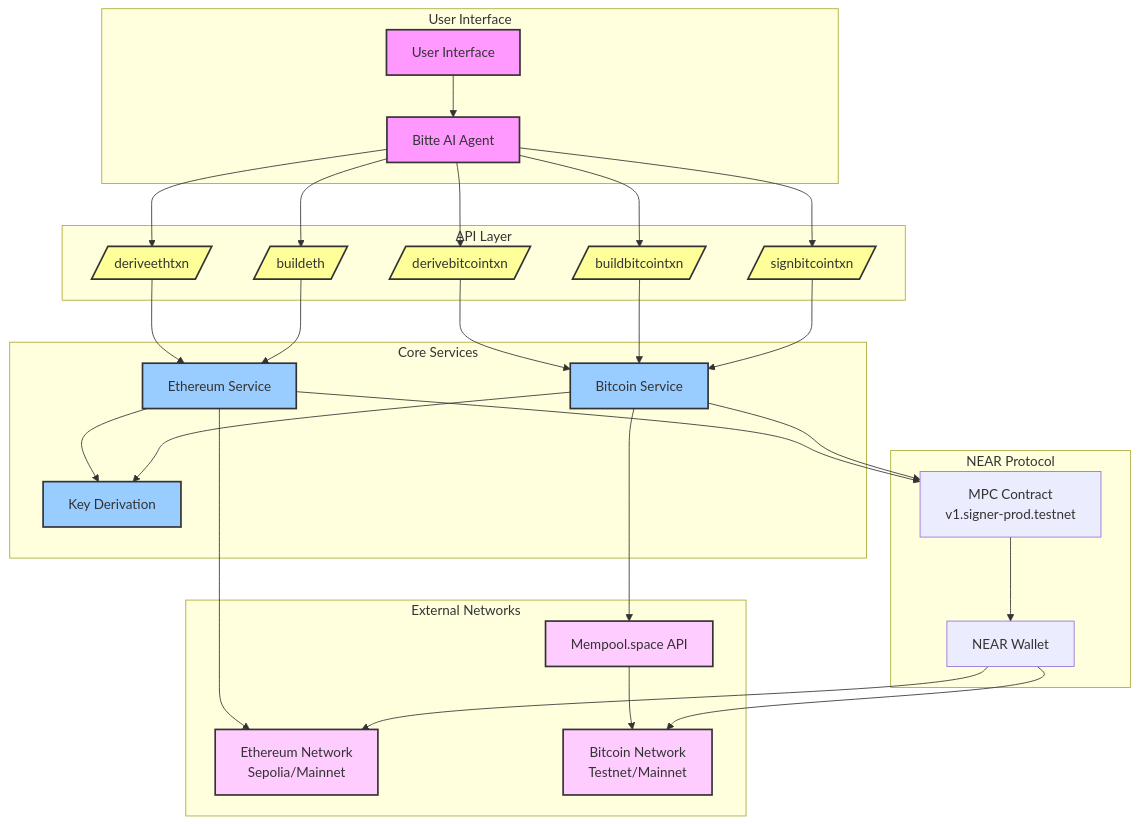
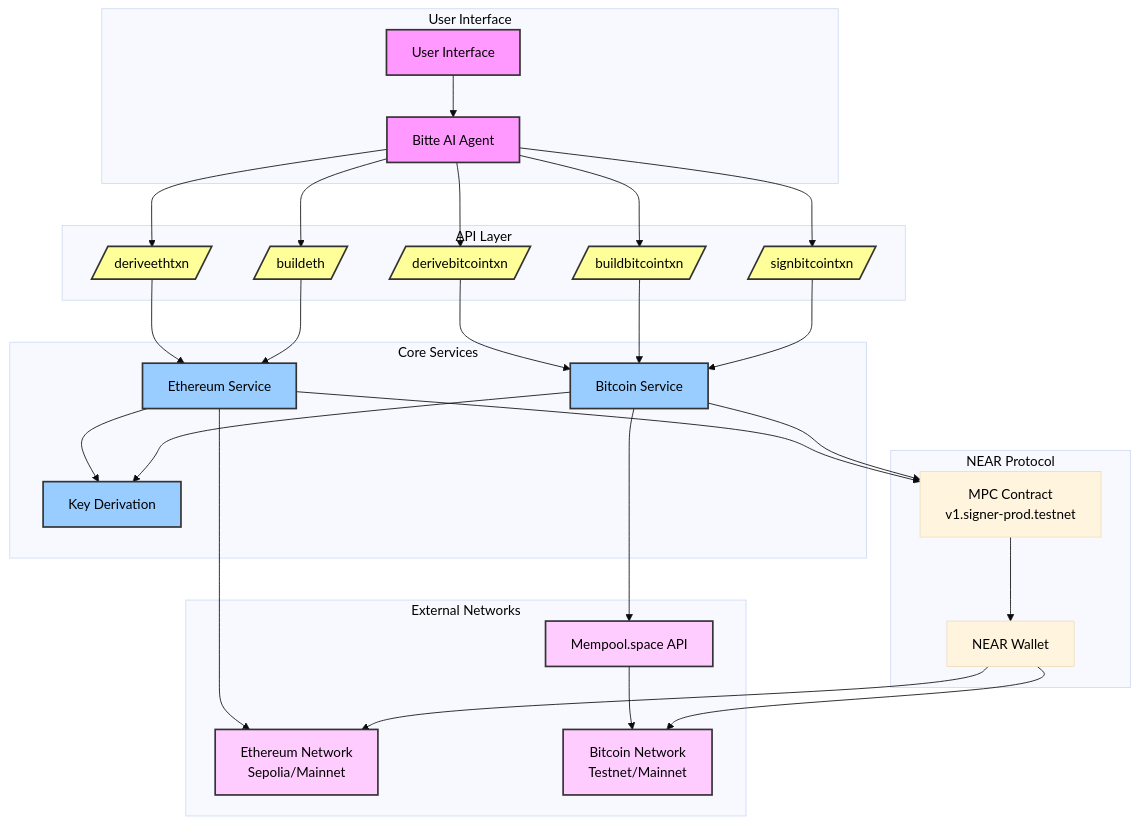
Before and after one commit to aarav1656/near-ai-agent: the diagram in README.md, drawn with Mermaid.

Commit message:
feat: made the flow diagram clear

````diff
--- a/README.md
+++ b/README.md
@@ -34,69 +34,71 @@
 ```mermaid
 
+%%{init: {'theme': 'base', 'themeVariables': { 'primaryTextColor': '#000000', 'secondaryTextColor': '#000000', 'tertiaryTextColor': '#000000', 'noteTextColor': '#000000', 'textColor': '#000000' }}}%%
 graph TB
     subgraph "User Interface"
         UI[User Interface]
         AI[Bitte AI Agent]
     end
 
     subgraph "API Layer"
         DeriveETH[/deriveethtxn/]
         BuildETH[/buildeth/]
         DeriveBTC[/derivebitcointxn/]
         BuildBTC[/buildbitcointxn/]
         SignBTC[/signbitcointxn/]
     end
 
     subgraph "Core Services"
         ETH[Ethereum Service]
         BTC[Bitcoin Service]
         KDF[Key Derivation]
     end
 
     subgraph "NEAR Protocol"
         MPC[MPC Contract<br>v1.signer-prod.testnet]
         NEAR_WALLET[NEAR Wallet]
     end
 
     subgraph "External Networks"
         MEMPOOL[Mempool.space API]
         ETH_NET[Ethereum Network<br>Sepolia/Mainnet]
         BTC_NET[Bitcoin Network<br>Testnet/Mainnet]
     end
 
     %% User Interface Interactions
     UI --> AI
     AI --> DeriveETH & BuildETH & DeriveBTC & BuildBTC & SignBTC
 
     %% Ethereum Flow
     DeriveETH --> ETH
     BuildETH --> ETH
     ETH --> KDF
     ETH --> ETH_NET
     ETH --> MPC
 
     %% Bitcoin Flow
     DeriveBTC --> BTC
     BuildBTC --> BTC
     SignBTC --> BTC
     BTC --> KDF
     BTC --> MEMPOOL
     BTC --> MPC
     MEMPOOL --> BTC_NET
 
     %% MPC Signing Flow
     MPC --> NEAR_WALLET
     NEAR_WALLET --> ETH_NET
     NEAR_WALLET --> BTC_NET
 
     %% Styling
     classDef interface fill:#f9f,stroke:#333,stroke-width:2px
     classDef api fill:#ff9,stroke:#333,stroke-width:2px
     classDef service fill:#9cf,stroke:#333,stroke-width:2px
     classDef network fill:#fcf,stroke:#333,stroke-width:2px
     
     class UI,AI interface
     class DeriveETH,BuildETH,DeriveBTC,BuildBTC,SignBTC api
     class ETH,BTC,KDF service
     class ETH_NET,BTC_NET,MEMPOOL network
+
 ```
````
